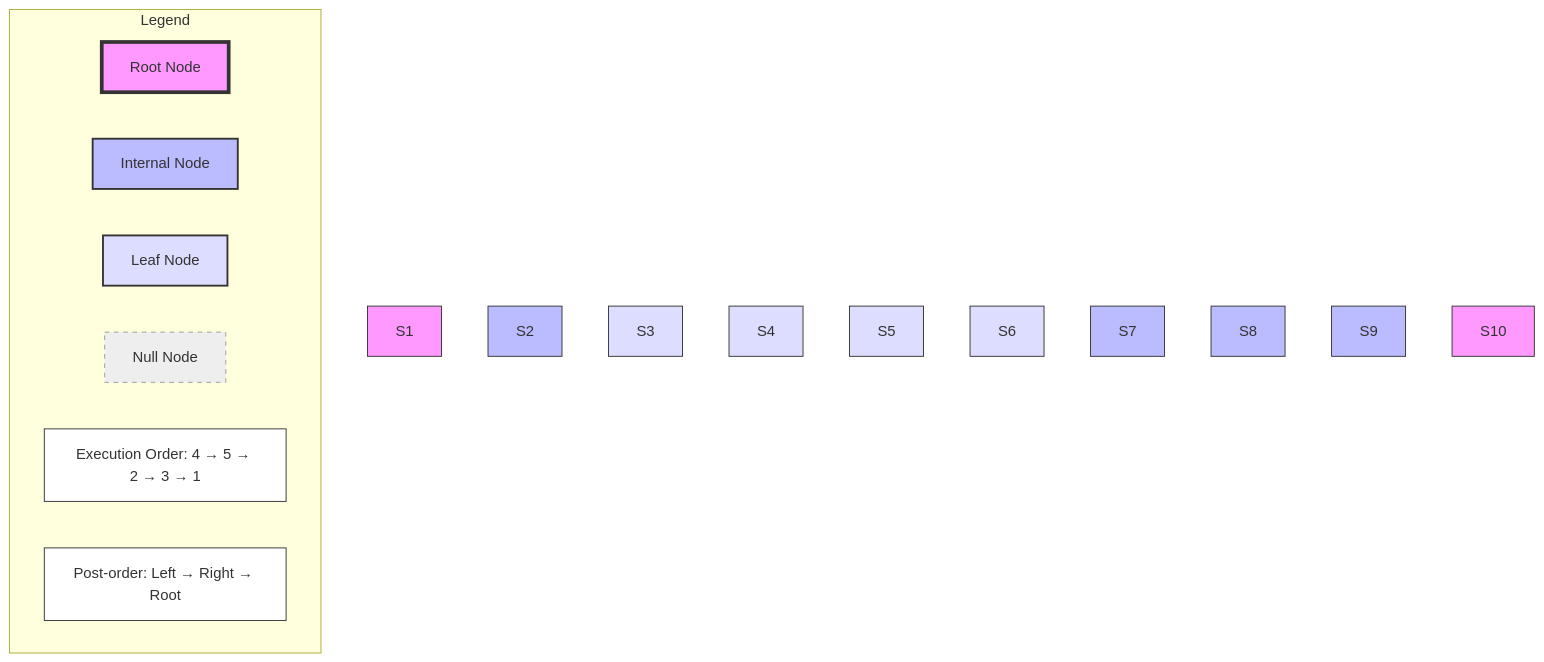
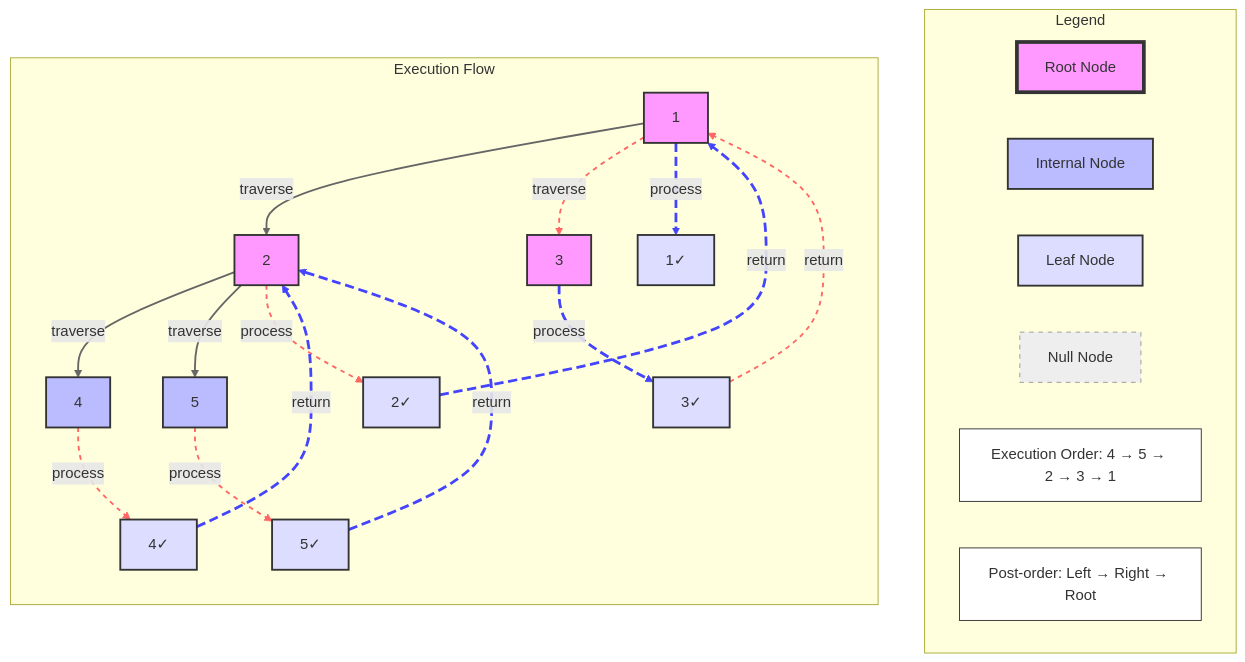
The sixth of 8 diagrams in v1.md (Surfer12/treeAssignment), drawn with Mermaid before and after one commit. The commit also changed other lines of this file and 1 other file, not shown here.

Commit message:
Refactor pre-order and post-order traversal diagrams in v1.md for clarity and detail

````diff
--- a/v1.md
+++ b/v1.md
@@ -364,30 +444,51 @@
 ```mermaid
 graph TD
     classDef root fill:#f9f,stroke:#333,stroke-width:4px
     classDef internal fill:#bbf,stroke:#333,stroke-width:2px
     classDef leaf fill:#ddf,stroke:#333,stroke-width:2px
     classDef nullNode fill:#eee,stroke:#999,stroke-width:1px,stroke-dasharray: 5 5
     classDef note fill:#fff,stroke:#333,stroke-width:1px
     
- 
 
     subgraph Legend
         L1[Root Node]:::root
         L2[Internal Node]:::internal
         L3[Leaf Node]:::leaf
         L4[Null Node]:::nullNode
         N1[Execution Order: 4 → 5 → 2 → 3 → 1]:::note
         N2[Post-order: Left → Right → Root]:::note
     end
 
-    style S1 fill:#f9f,stroke:#333
-    style S2 fill:#bbf,stroke:#333
-    style S3 fill:#ddf,stroke:#333
-    style S4 fill:#ddf,stroke:#333
-    style S5 fill:#ddf,stroke:#333
-    style S6 fill:#ddf,stroke:#333
-    style S7 fill:#bbf,stroke:#333
-    style S8 fill:#bbf,stroke:#333
-    style S9 fill:#bbf,stroke:#333
-    style S10 fill:#f9f,stroke:#333
+
+    %% Style definitions
+    classDef traverseDown fill:#f9f,stroke:#333,stroke-width:2px
+    classDef processNode fill:#bbf,stroke:#333,stroke-width:2px
+    classDef returnUp fill:#ddf,stroke:#333,stroke-width:2px
+
+    subgraph "Execution Flow"
+        direction TB
+        Root["1"] -->|"traverse"| Left["2"]
+        Left -->|"traverse"| LL["4"]
+        LL -.->|"process"| LL_P["4✓"]
+        LL_P ==>|"return"| Left
+        Left -->|"traverse"| LR["5"]
+        LR -.->|"process"| LR_P["5✓"]
+        LR_P ==>|"return"| Left
+        Left -.->|"process"| Left_P["2✓"]
+        Left_P ==>|"return"| Root
+        Root -->|"traverse"| Right["3"]
+        Right -.->|"process"| Right_P["3✓"]
+        Right_P ==>|"return"| Root
+        Root -.->|"process"| Root_P["1✓"]
+    end
+
+    %% Line styles
+    linkStyle 0,1,4 stroke:#666,stroke-width:2px,stroke-dasharray: none
+    linkStyle 2,5,7,9,11 stroke:#f66,stroke-width:2px,stroke-dasharray: 5 5
+    linkStyle 3,6,8,10,12 stroke:#44f,stroke-width:3px,stroke-dasharray: 10 5
+
+    %% Node styles
+    class Root,Left,Right traverseDown
+    class LL,LR processNode
+    class LL_P,LR_P,Left_P,Right_P,Root_P returnUp
 ```
````
